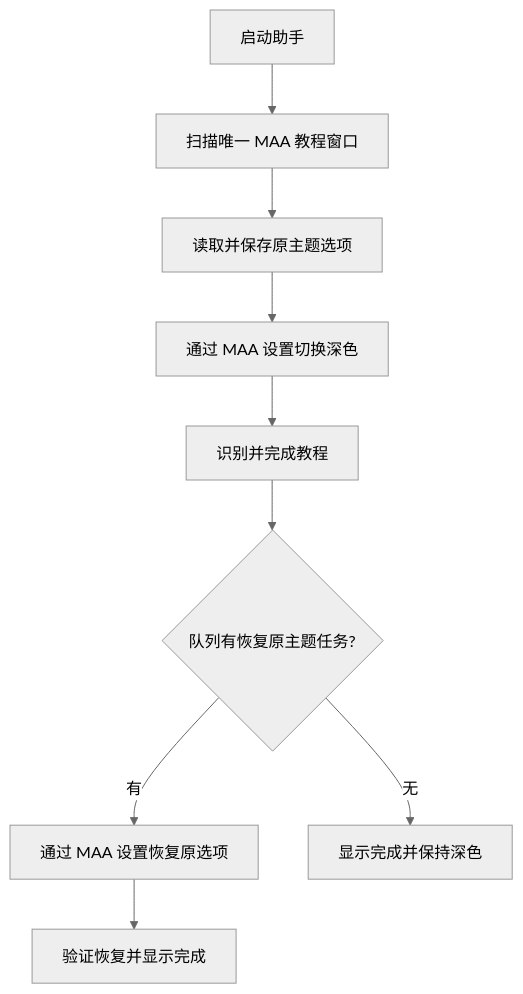
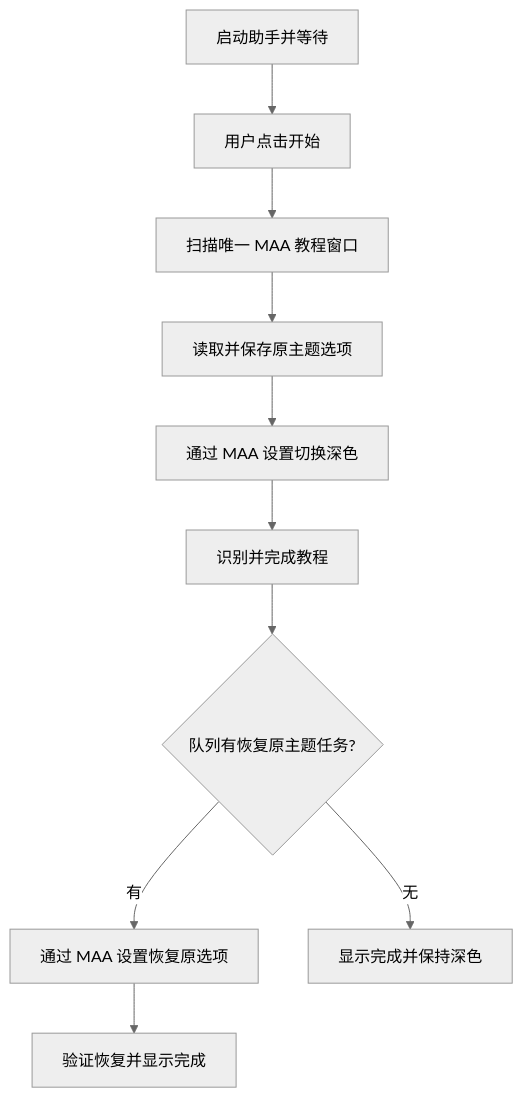
Before and after one commit to 0fengmang0/maa-tutorial-assistant: the diagram in docs/技术方案.md, drawn with Mermaid (neutral theme). The commit also changed 15 other files, not shown here.

````diff
--- a/docs/技术方案.md
+++ b/docs/技术方案.md
@@ -21,11 +21,12 @@
 ```mermaid
 flowchart TD
-    A[启动助手] --> B[扫描唯一 MAA 教程窗口]
+    A[启动助手并等待] --> A1[用户点击开始]
+    A1 --> B[扫描唯一 MAA 教程窗口]
     B --> C[读取并保存原主题选项]
     C --> D[通过 MAA 设置切换深色]
     D --> E[识别并完成教程]
     E --> F{队列有恢复原主题任务?}
     F -->|有| G[通过 MAA 设置恢复原选项]
     F -->|无| H[显示完成并保持深色]
     G --> I[验证恢复并显示完成]
 ```
````
